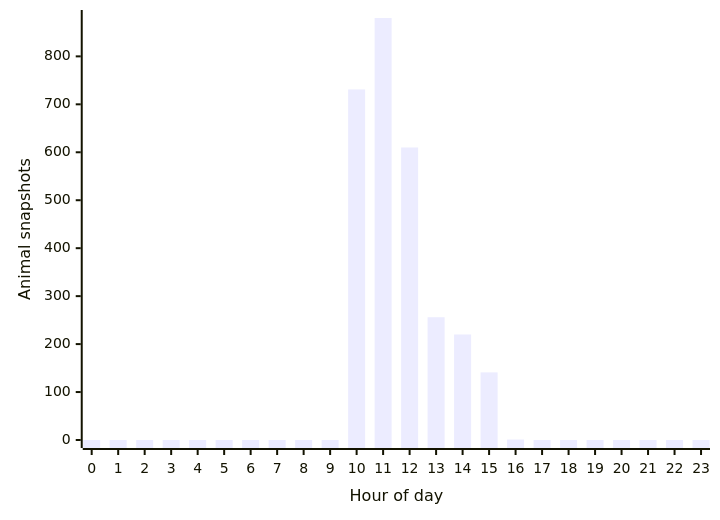
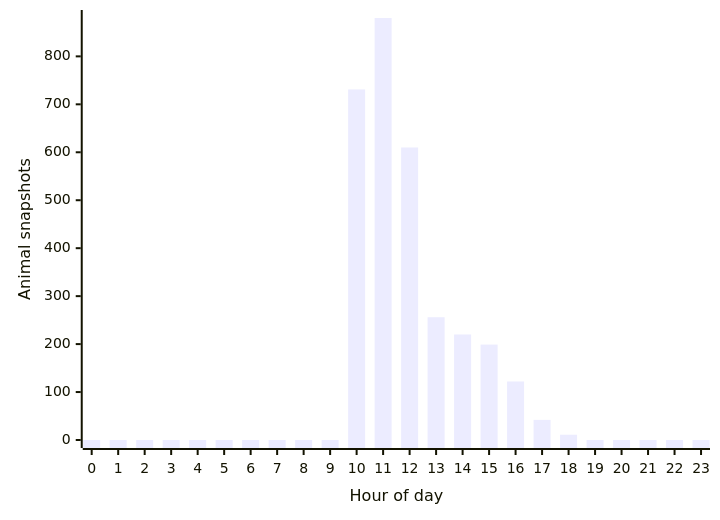
The second of 4 diagrams in README.md (joshuafrommeyer-35/PierTracker), drawn with Mermaid before and after one commit. The commit also changed other lines of this file and 7 other files, not shown here.

````diff
--- a/README.md
+++ b/README.md
@@ -116,6 +122,6 @@
 ```mermaid
 xychart-beta
     x-axis "Hour of day" [0, 1, 2, 3, 4, 5, 6, 7, 8, 9, 10, 11, 12, 13, 14, 15, 16, 17, 18, 19, 20, 21, 22, 23]
     y-axis "Animal snapshots"
-    bar [0, 0, 0, 0, 0, 0, 0, 0, 0, 0, 731, 880, 610, 256, 220, 141, 1, 0, 0, 0, 0, 0, 0, 0]
+    bar [0, 0, 0, 0, 0, 0, 0, 0, 0, 0, 731, 880, 610, 256, 220, 199, 122, 42, 11, 0, 0, 0, 0, 0]
 ```
````
